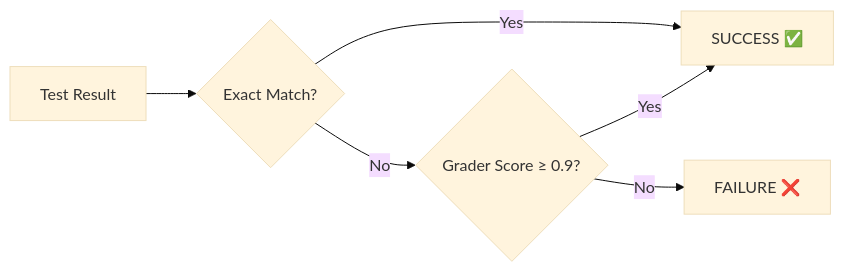
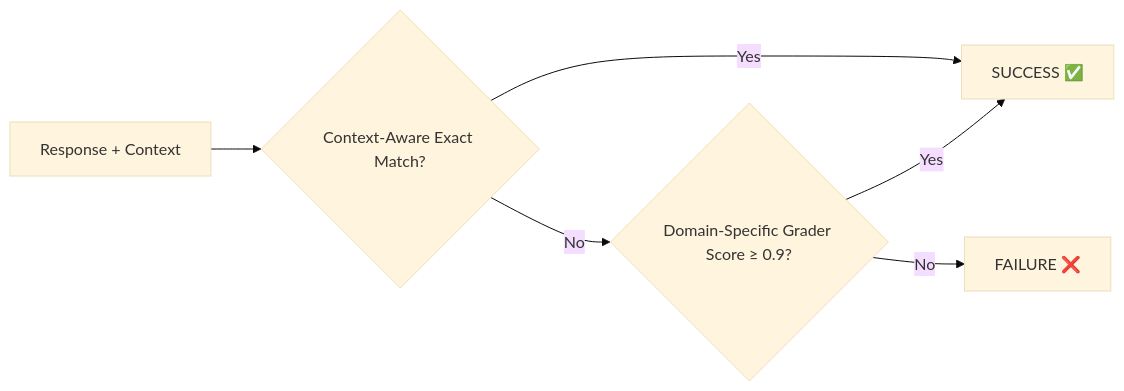
Before and after one commit to Psilocybin2K/qwen-rl: diagram 12 of 12 in README.md, drawn with Mermaid (base theme). The commit also changed other lines of this file, not shown here.

````diff
--- a/README.md
+++ b/README.md
@@ -513,8 +535,8 @@
 ```mermaid
 flowchart LR
-    A[Test Result] --> B{Exact Match?}
+    A[Response + Context] --> B{Context-Aware Exact Match?}
     B -->|Yes| C[SUCCESS ✅]
-    B -->|No| D{Grader Score ≥ 0.9?}
+    B -->|No| D{Domain-Specific Grader Score ≥ 0.9?}
     D -->|Yes| C
     D -->|No| E[FAILURE ❌]
 ```
````
